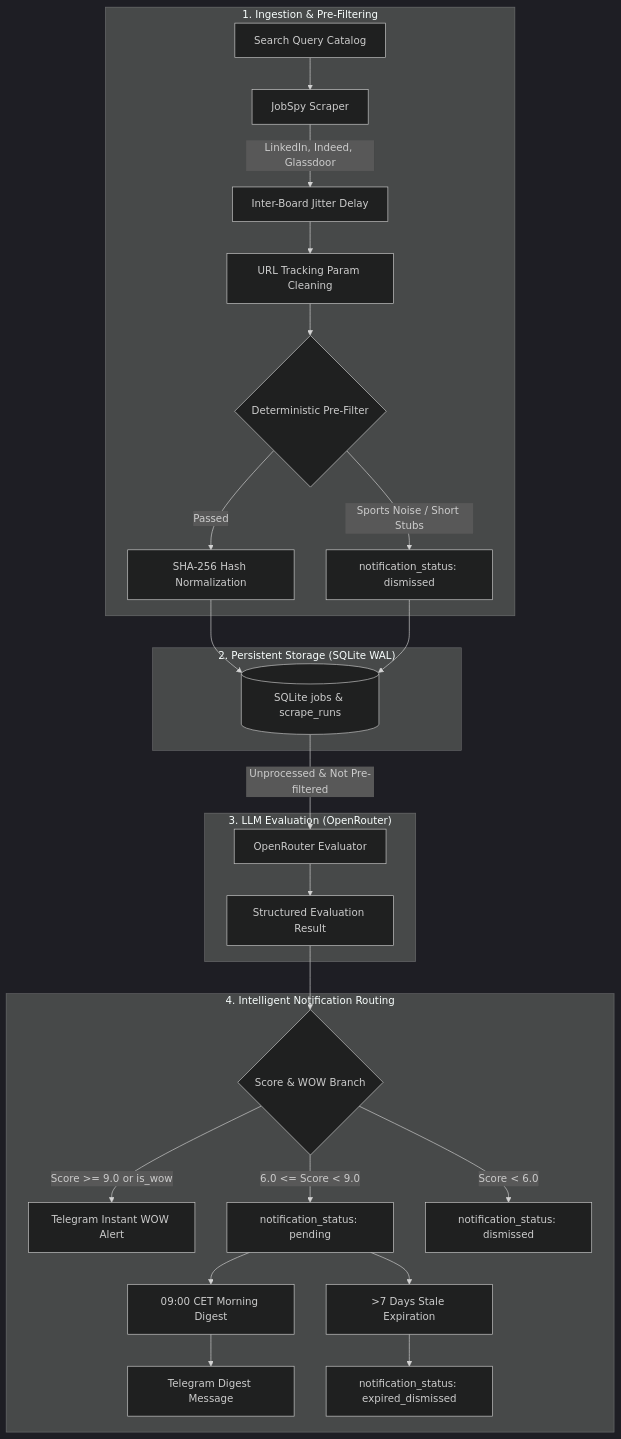
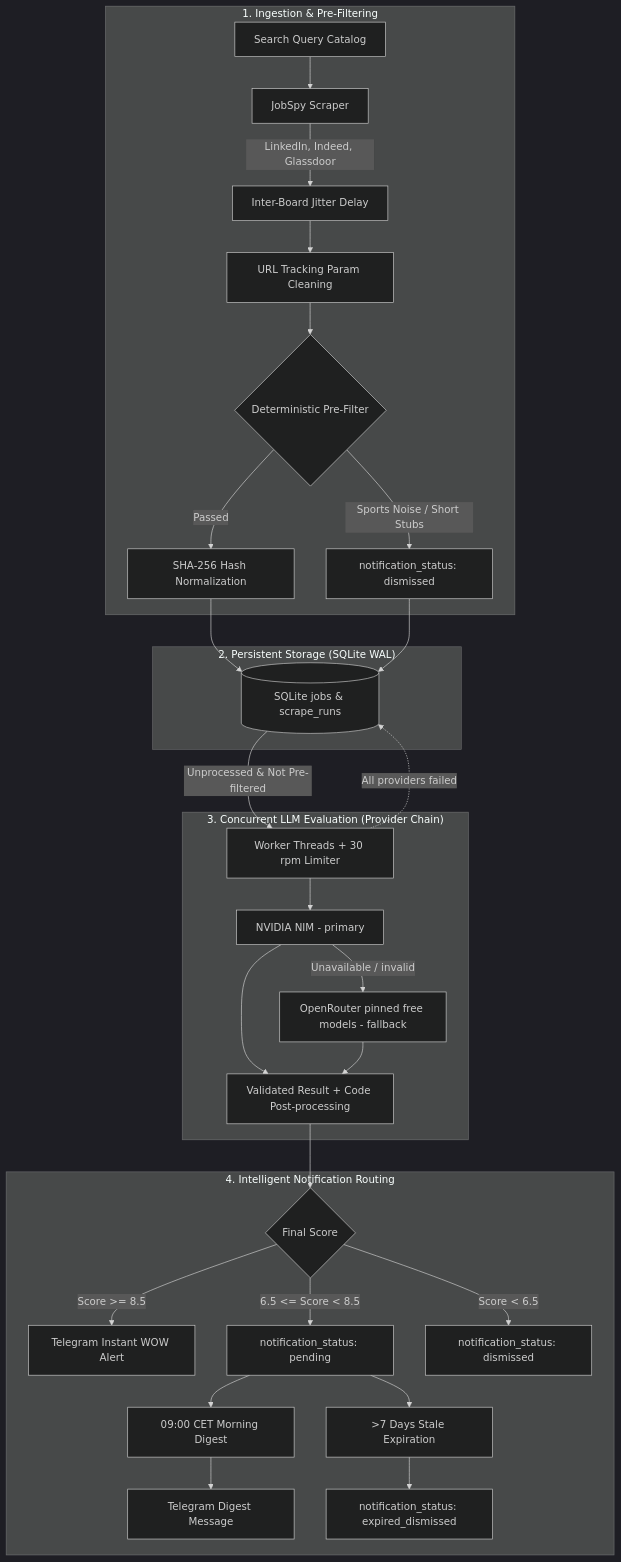
Before and after one commit to Btema2/jobspy-coach: the diagram in README.md, drawn with Mermaid (dark theme). The commit also changed other lines of this file and 45 other files, not shown here.

First line of the commit message:
feat: concurrent NIM-first evaluation engine and relevance tuning

````diff
--- a/README.md
+++ b/README.md
@@ -75,32 +81,36 @@
 ```mermaid
 flowchart TD
     subgraph Ingestion["1. Ingestion & Pre-Filtering"]
         QC[Search Query Catalog] --> Scraper[JobSpy Scraper]
         Scraper -->|LinkedIn, Indeed, Glassdoor| Jitter[Inter-Board Jitter Delay]
         Jitter --> URLClean[URL Tracking Param Cleaning]
         URLClean --> PreFilter{Deterministic Pre-Filter}
         PreFilter -->|Sports Noise / Short Stubs| DismissPF[notification_status: dismissed]
         PreFilter -->|Passed| Dedup[SHA-256 Hash Normalization]
     end
 
     subgraph Storage["2. Persistent Storage (SQLite WAL)"]
         Dedup --> DB[(SQLite jobs & scrape_runs)]
         DismissPF --> DB
     end
 
-    subgraph Evaluation["3. LLM Evaluation (OpenRouter)"]
-        DB -->|Unprocessed & Not Pre-filtered| LLMEval[OpenRouter Evaluator]
-        LLMEval --> ParseJSON[Structured Evaluation Result]
+    subgraph Evaluation["3. Concurrent LLM Evaluation (Provider Chain)"]
+        DB -->|Unprocessed & Not Pre-filtered| Pool[Worker Threads + 30 rpm Limiter]
+        Pool --> NIM[NVIDIA NIM - primary]
+        NIM -->|Unavailable / invalid| OR[OpenRouter pinned free models - fallback]
+        NIM --> ParseJSON[Validated Result + Code Post-processing]
+        OR --> ParseJSON
+        Pool -.->|All providers failed| DB
     end
 
     subgraph Routing["4. Intelligent Notification Routing"]
-        ParseJSON --> ScoreBranch{Score & WOW Branch}
-        ScoreBranch -->|Score >= 9.0 or is_wow| WOWAlert[Telegram Instant WOW Alert]
-        ScoreBranch -->|6.0 <= Score < 9.0| DigestQueue[notification_status: pending]
-        ScoreBranch -->|Score < 6.0| DismissLow[notification_status: dismissed]
+        ParseJSON --> ScoreBranch{Final Score}
+        ScoreBranch -->|Score >= 8.5| WOWAlert[Telegram Instant WOW Alert]
+        ScoreBranch -->|6.5 <= Score < 8.5| DigestQueue[notification_status: pending]
+        ScoreBranch -->|Score < 6.5| DismissLow[notification_status: dismissed]
         DigestQueue --> MorningCron[09:00 CET Morning Digest]
         MorningCron --> DigestDispatch[Telegram Digest Message]
         DigestQueue --> StaleSweep[>7 Days Stale Expiration]
         StaleSweep --> ExpiredDismiss[notification_status: expired_dismissed]
     end
 ```
````
